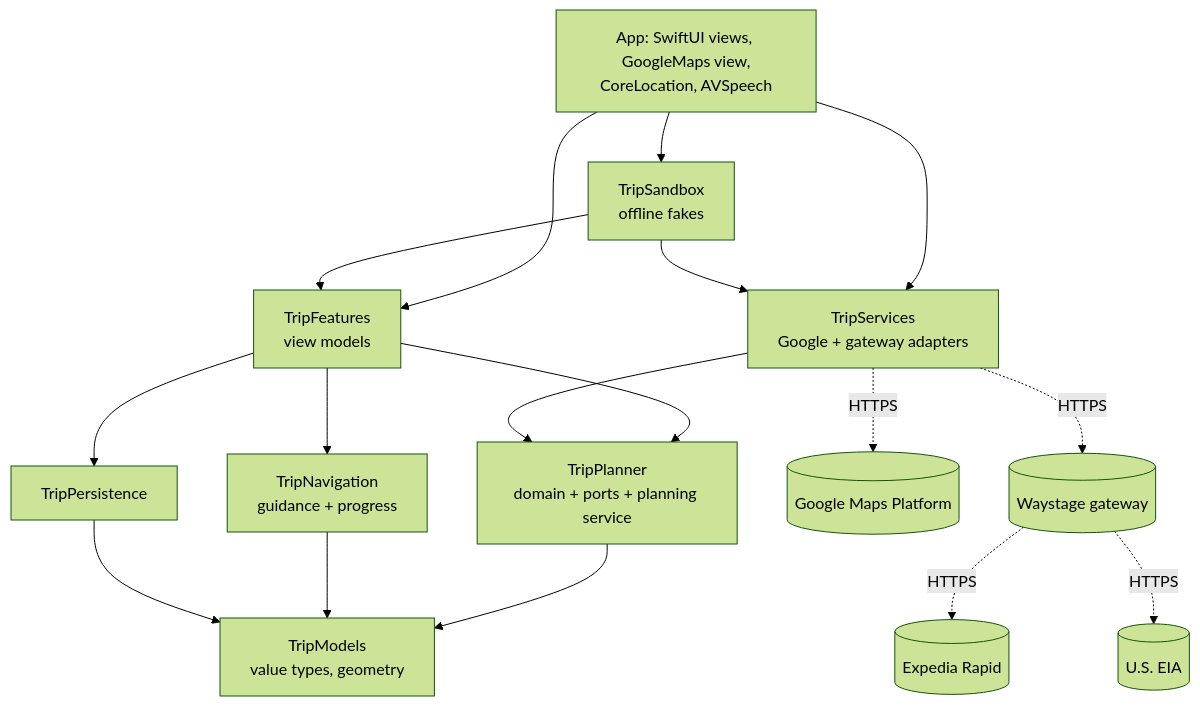
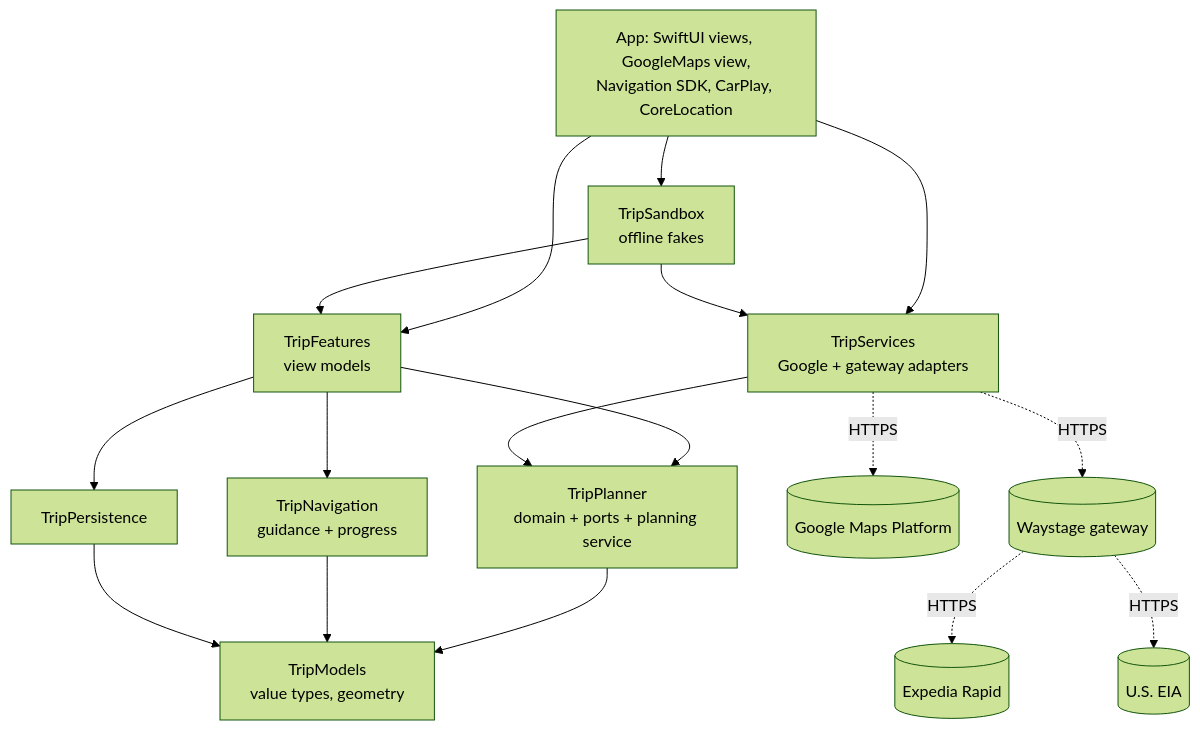
One commit to lenhat509/RoadPlanner changed the diagram in docs/ARCHITECTURE.md. Above: the diagram before and after it, drawn with Mermaid (forest theme). The commit also changed other lines of this file and 25 other files, not shown here.

````diff
--- a/docs/ARCHITECTURE.md
+++ b/docs/ARCHITECTURE.md
@@ -15,20 +15,20 @@
 ```mermaid
 graph TD
-  App[App: SwiftUI views, GoogleMaps view,<br/>CoreLocation, AVSpeech] --> Features
+  App[App: SwiftUI views, GoogleMaps view,<br/>Navigation SDK, CarPlay, CoreLocation] --> Features
   App --> Services
   App --> Sandbox
   Features[TripFeatures<br/>view models] --> Planner
   Features --> Navigation
   Features --> Persistence
   Services[TripServices<br/>Google + gateway adapters] --> Planner
   Planner[TripPlanner<br/>domain + ports + planning service] --> Models
   Navigation[TripNavigation<br/>guidance + progress] --> Models
   Persistence[TripPersistence] --> Models
   Sandbox[TripSandbox<br/>offline fakes] --> Services
   Sandbox --> Features
   Models[TripModels<br/>value types, geometry]
   Services -. HTTPS .-> Google[(Google Maps Platform)]
   Services -. HTTPS .-> Gateway[(Waystage gateway)]
   Gateway -. HTTPS .-> Expedia[(Expedia Rapid)]
   Gateway -. HTTPS .-> EIA[(U.S. EIA)]
 ```
````
